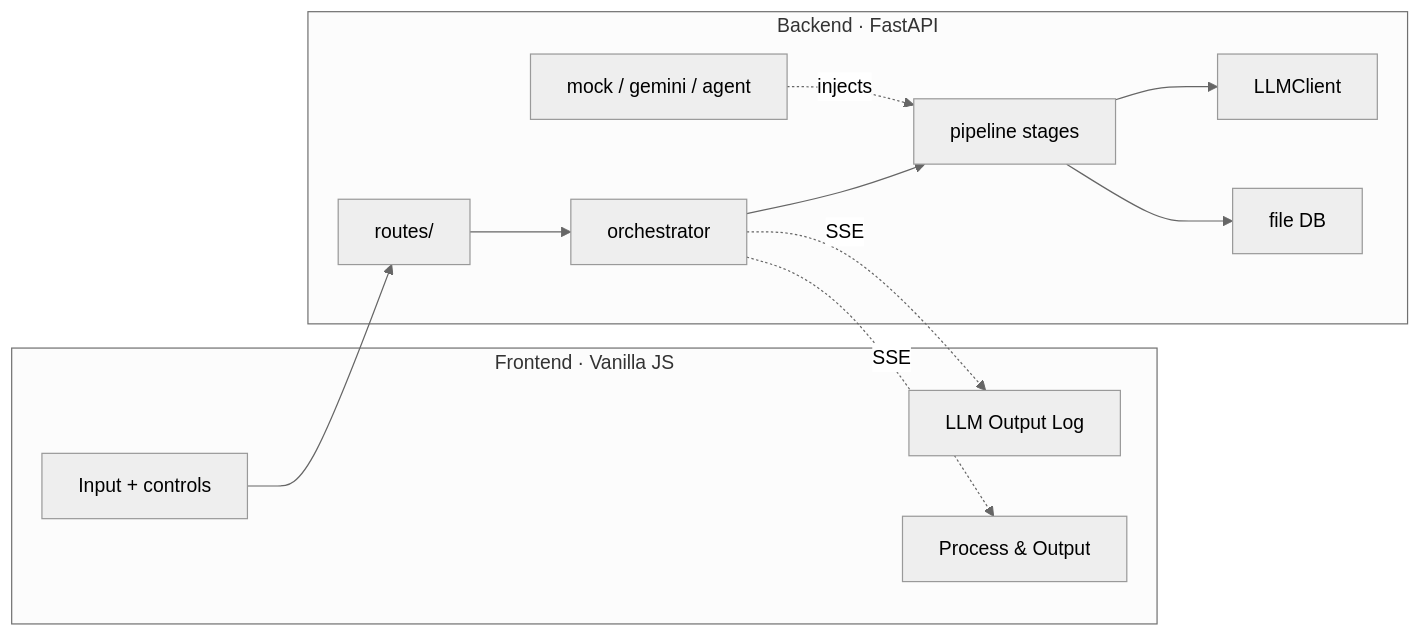
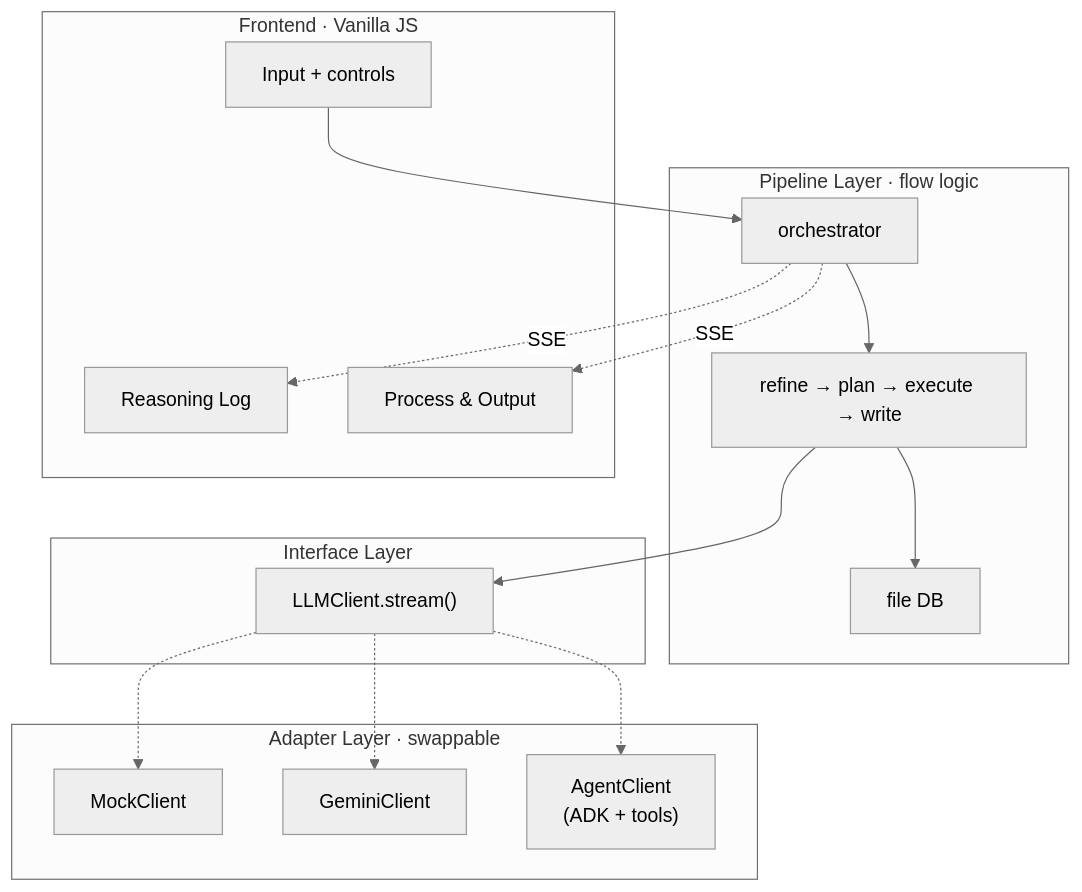
Before and after one commit to dozybot001/MAARS: the second of 2 diagrams in README.md, drawn with Mermaid (neutral theme). The commit also changed other lines of this file and 23 other files, not shown here.

First line of the commit message:
refactor: unify pipeline architecture — AgentClient adapter + broadcast decoupling

````diff
--- a/README.md
+++ b/README.md
@@ -45,24 +47,32 @@
 ```mermaid
-flowchart LR
+flowchart TB
+    subgraph Pipeline["Pipeline Layer · flow logic"]
+        ORCH["orchestrator"] --> STAGES["refine → plan → execute → write"]
+        STAGES --> DB["file DB"]
+    end
+
+    subgraph Interface["Interface Layer"]
+        LLM["LLMClient.stream()"]
+    end
+
+    subgraph Adapters["Adapter Layer · swappable"]
+        MOCK["MockClient"]
+        GEMINI["GeminiClient"]
+        AGENT["AgentClient\n(ADK + tools)"]
+    end
+
+    STAGES --> LLM
+    LLM -.-> MOCK
+    LLM -.-> GEMINI
+    LLM -.-> AGENT
+
     subgraph FE["Frontend · Vanilla JS"]
         UI["Input + controls"]
-        LOG["LLM Output Log"]
+        LOG["Reasoning Log"]
         PROC["Process & Output"]
     end
 
-    subgraph BE["Backend · FastAPI"]
-        ROUTES["routes/"]
-        ORCH["orchestrator"]
-        STAGES["pipeline stages"]
-        LLM["LLMClient"]
-        MODES["mock / gemini / agent"]
-        DB["file DB"]
-    end
-
-    UI --> ROUTES --> ORCH --> STAGES
-    STAGES --> LLM
-    MODES -."injects".-> STAGES
-    STAGES --> DB
+    UI --> ORCH
     ORCH -."SSE".-> LOG
     ORCH -."SSE".-> PROC
 ```
````
